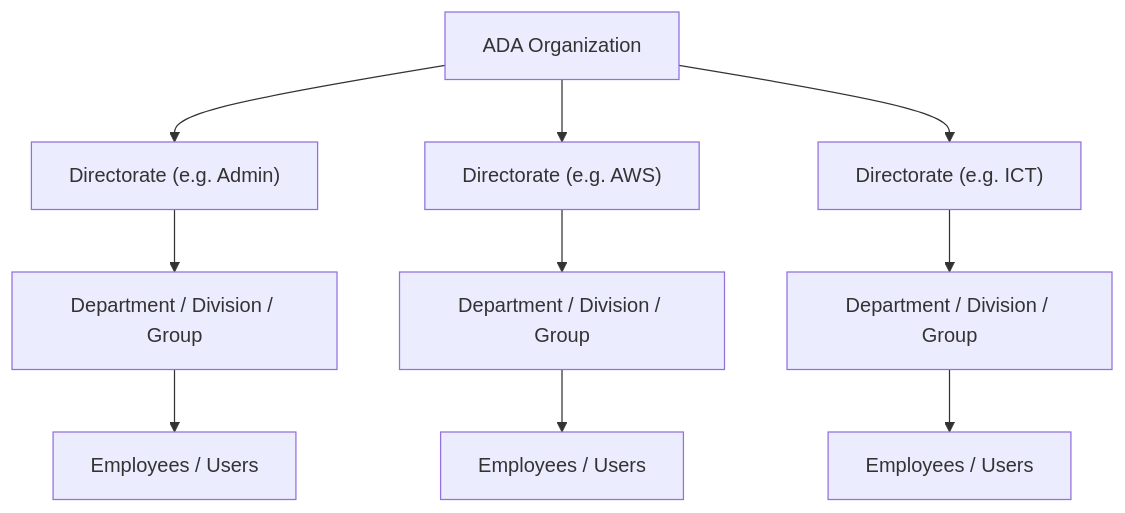
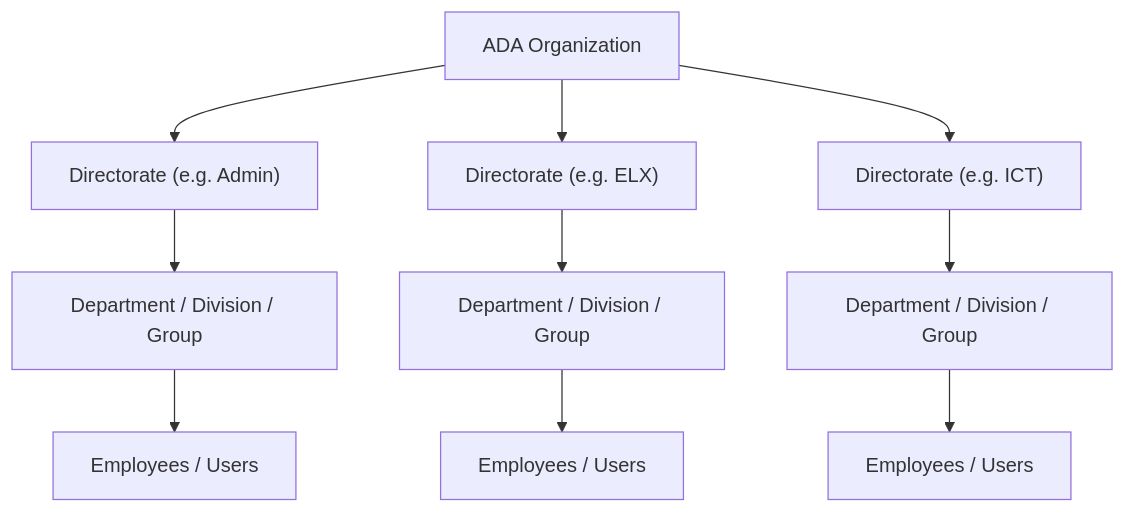
Before and after one commit to AntonMT686/ELM: the first of 4 diagrams in Docs/PROJECT_CONTEXT.md, drawn with Mermaid. The commit also changed other lines of this file and 131 other files, not shown here.

````diff
--- a/Docs/PROJECT_CONTEXT.md
+++ b/Docs/PROJECT_CONTEXT.md
@@ -92,13 +92,13 @@
 ```mermaid
 flowchart TD
     ADA["ADA Organization"]
     ADA --> DIR1["Directorate (e.g. Admin)"]
-    ADA --> DIR2["Directorate (e.g. AWS)"]
+    ADA --> DIR2["Directorate (e.g. ELX)"]
     ADA --> DIR3["Directorate (e.g. ICT)"]
     DIR1 --> D1["Department / Division / Group"]
     DIR2 --> D2["Department / Division / Group"]
     DIR3 --> D3["Department / Division / Group"]
     D1 --> U1["Employees / Users"]
     D2 --> U2["Employees / Users"]
     D3 --> U3["Employees / Users"]
 ```
````
